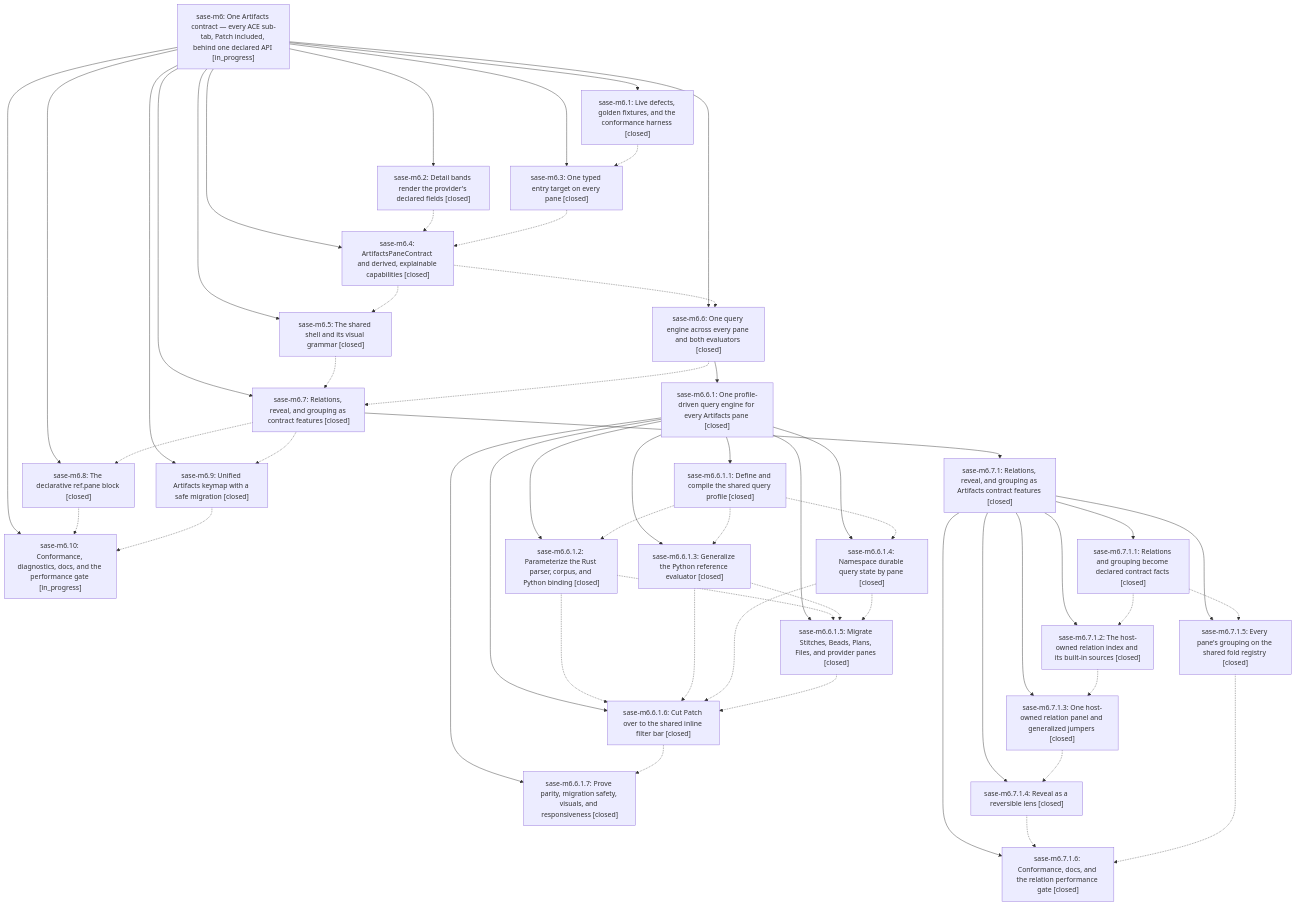
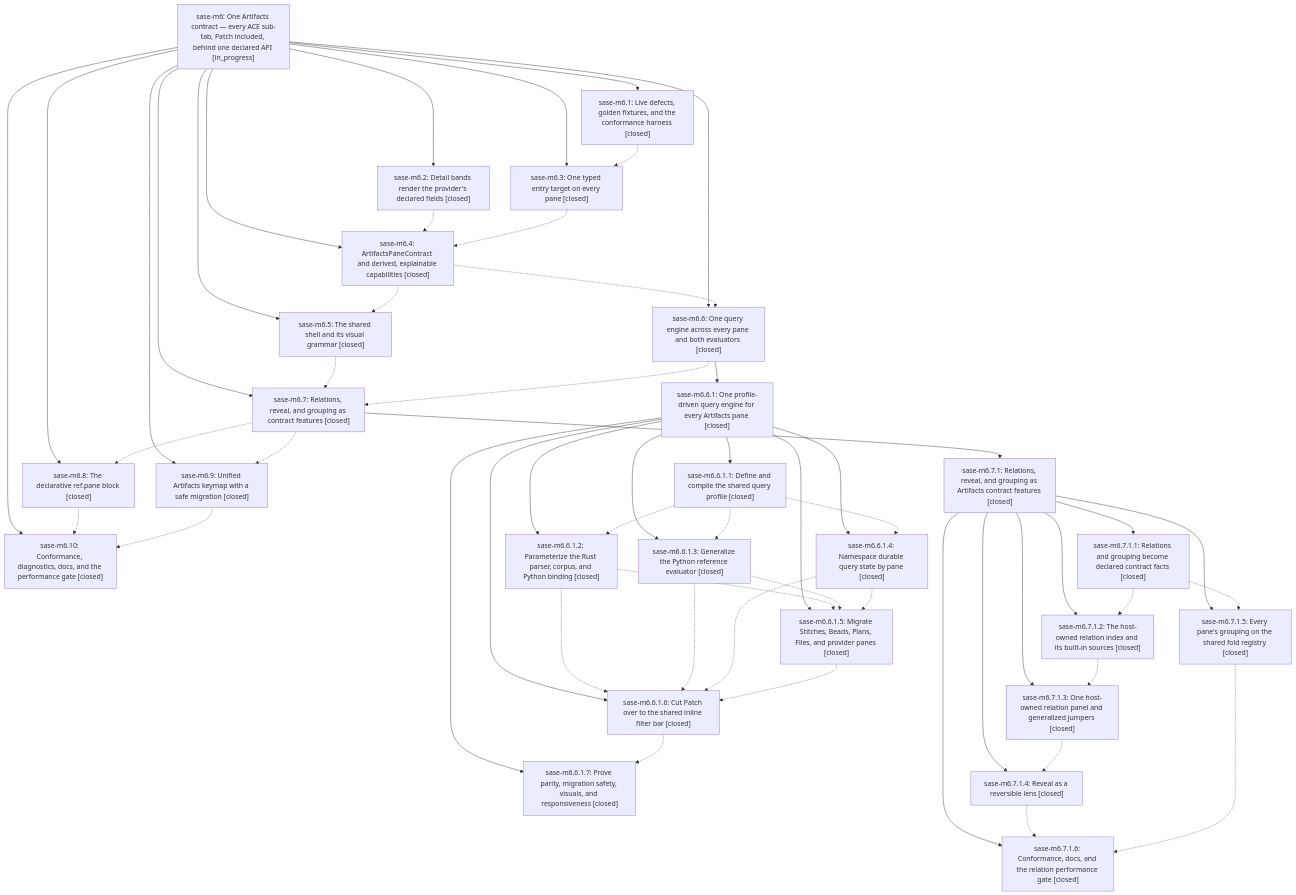
The diagram in pages/sase-m6/README.md (sase-org/sase--beads), drawn with Mermaid before and after one commit. The commit also changed other lines of this file and 3 other files, not shown here.

````diff
--- a/pages/sase-m6/README.md
+++ b/pages/sase-m6/README.md
@@ -52,82 +54,82 @@
 ```mermaid
 flowchart TD
     n0["sase-m6: One Artifacts contract — every ACE sub-tab, Patch included, behind one declared API [in_progress]"]
     n1["sase-m6.1: Live defects, golden fixtures, and the conformance harness [closed]"]
-    n2["sase-m6.10: Conformance, diagnostics, docs, and the performance gate [in_progress]"]
+    n2["sase-m6.10: Conformance, diagnostics, docs, and the performance gate [closed]"]
     n3["sase-m6.2: Detail bands render the provider's declared fields [closed]"]
     n4["sase-m6.3: One typed entry target on every pane [closed]"]
     n5["sase-m6.4: ArtifactsPaneContract and derived, explainable capabilities [closed]"]
     n6["sase-m6.5: The shared shell and its visual grammar [closed]"]
     n7["sase-m6.6: One query engine across every pane and both evaluators [closed]"]
     n8["sase-m6.6.1: One profile-driven query engine for every Artifacts pane [closed]"]
     n9["sase-m6.6.1.1: Define and compile the shared query profile [closed]"]
     n10["sase-m6.6.1.2: Parameterize the Rust parser, corpus, and Python binding [closed]"]
     n11["sase-m6.6.1.3: Generalize the Python reference evaluator [closed]"]
     n12["sase-m6.6.1.4: Namespace durable query state by pane [closed]"]
     n13["sase-m6.6.1.5: Migrate Stitches, Beads, Plans, Files, and provider panes [closed]"]
     n14["sase-m6.6.1.6: Cut Patch over to the shared inline filter bar [closed]"]
     n15["sase-m6.6.1.7: Prove parity, migration safety, visuals, and responsiveness [closed]"]
     n16["sase-m6.7: Relations, reveal, and grouping as contract features [closed]"]
     n17["sase-m6.7.1: Relations, reveal, and grouping as Artifacts contract features [closed]"]
     n18["sase-m6.7.1.1: Relations and grouping become declared contract facts [closed]"]
     n19["sase-m6.7.1.2: The host-owned relation index and its built-in sources [closed]"]
     n20["sase-m6.7.1.3: One host-owned relation panel and generalized jumpers [closed]"]
     n21["sase-m6.7.1.4: Reveal as a reversible lens [closed]"]
     n22["sase-m6.7.1.5: Every pane's grouping on the shared fold registry [closed]"]
     n23["sase-m6.7.1.6: Conformance, docs, and the relation performance gate [closed]"]
     n24["sase-m6.8: The declarative ref.pane block [closed]"]
     n25["sase-m6.9: Unified Artifacts keymap with a safe migration [closed]"]
     n0 --> n1
     n0 --> n2
     n0 --> n3
     n0 --> n4
     n0 --> n5
     n0 --> n6
     n0 --> n7
     n7 --> n8
     n8 --> n9
     n8 --> n10
     n8 --> n11
     n8 --> n12
     n8 --> n13
     n8 --> n14
     n8 --> n15
     n0 --> n16
     n16 --> n17
     n17 --> n18
     n17 --> n19
     n17 --> n20
     n17 --> n21
     n17 --> n22
     n17 --> n23
     n0 --> n24
     n0 --> n25
     n1 -.-> n4
     n3 -.-> n5
     n4 -.-> n5
     n5 -.-> n6
     n5 -.-> n7
     n6 -.-> n16
     n7 -.-> n16
     n9 -.-> n10
     n9 -.-> n11
     n9 -.-> n12
     n10 -.-> n13
     n10 -.-> n14
     n11 -.-> n13
     n11 -.-> n14
     n12 -.-> n13
     n12 -.-> n14
     n13 -.-> n14
     n14 -.-> n15
     n16 -.-> n24
     n16 -.-> n25
     n18 -.-> n19
     n18 -.-> n22
     n19 -.-> n20
     n20 -.-> n21
     n21 -.-> n23
     n22 -.-> n23
     n24 -.-> n2
     n25 -.-> n2
 ```
````
